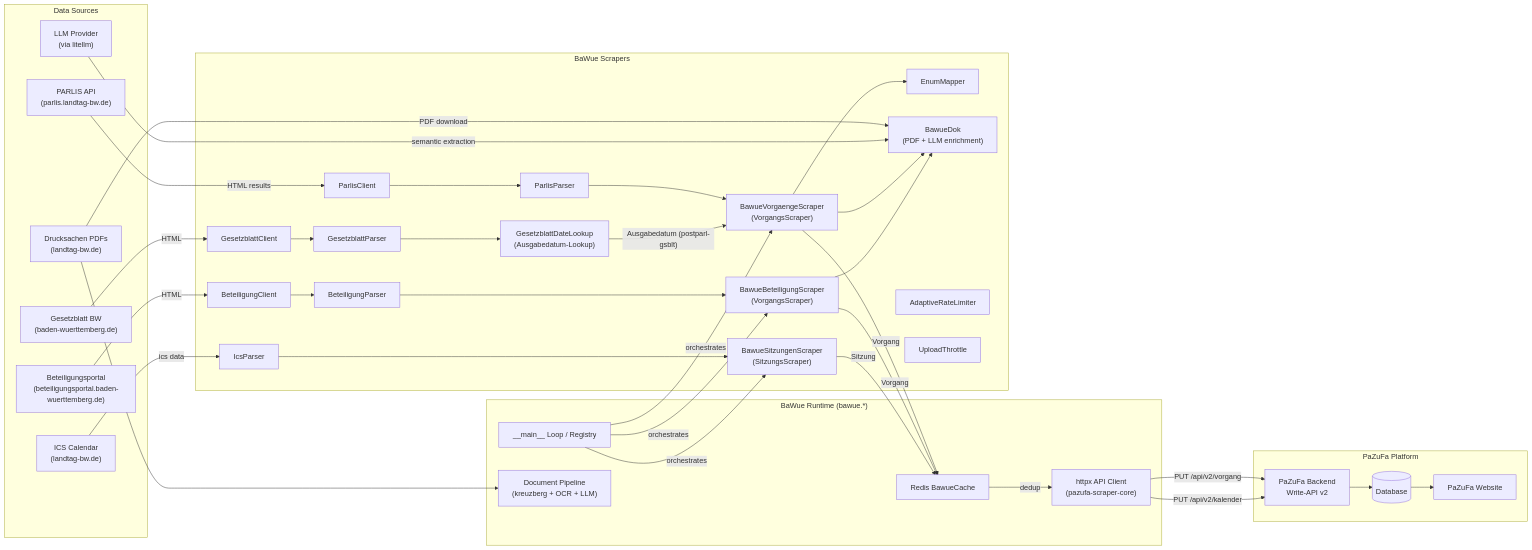
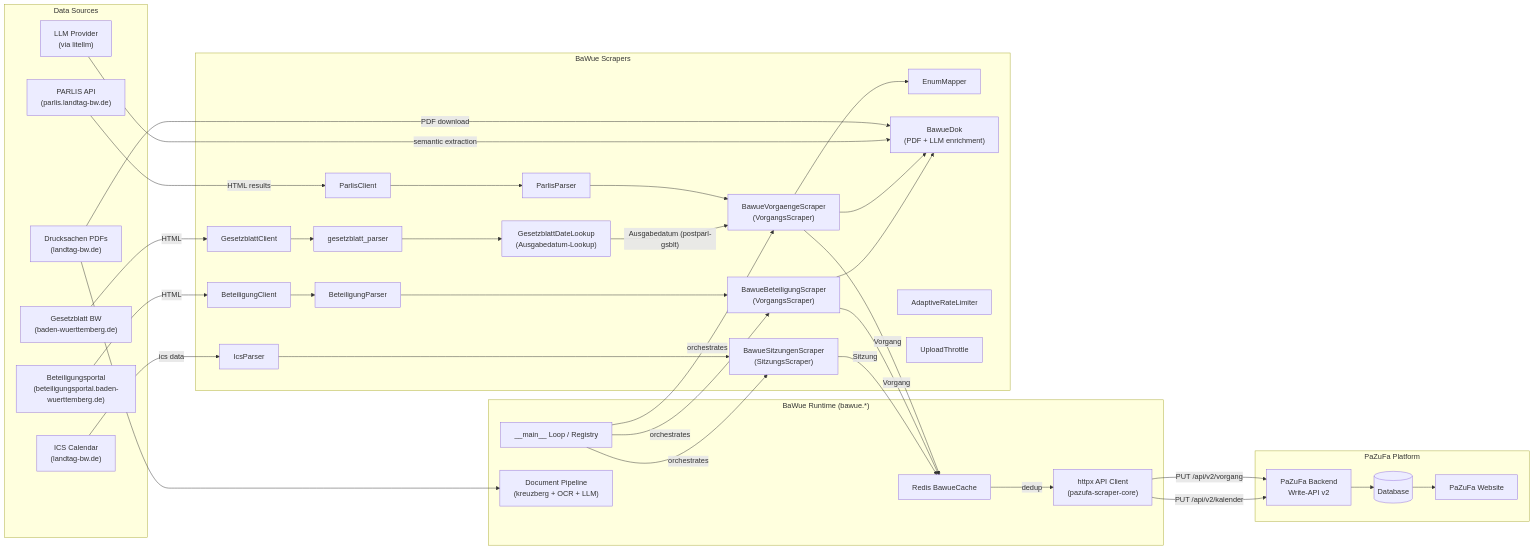
Before and after one commit to Parlamentszusammenfasser/pazufa-scraper-bw: the first of 4 diagrams in docs/architecture.md, drawn with Mermaid. The commit also changed other lines of this file, not shown here.

First line of the commit message:
docs: align architecture.md with the current code

````diff
--- a/docs/architecture.md
+++ b/docs/architecture.md
@@ -19,68 +19,68 @@
 ```mermaid
 graph LR
     subgraph "Data Sources"
         PARLIS["PARLIS API<br/>(parlis.landtag-bw.de)"]
         PDFs["Drucksachen PDFs<br/>(landtag-bw.de)"]
         BetPortal["Beteiligungsportal<br/>(beteiligungsportal.baden-wuerttemberg.de)"]
         ICSFeed["ICS Calendar<br/>(landtag-bw.de)"]
         GBlFeed["Gesetzblatt BW<br/>(baden-wuerttemberg.de)"]
         LLMProvider["LLM Provider<br/>(via litellm)"]
     end
 
     subgraph "BaWue Runtime (bawue.*)"
         Runner["__main__ Loop / Registry"]
         Cache["Redis BawueCache"]
         APIClient["httpx API Client<br/>(pazufa-scraper-core)"]
         DocPipeline["Document Pipeline<br/>(kreuzberg + OCR + LLM)"]
     end
 
     subgraph "BaWue Scrapers"
         BVS["BawueVorgaengeScraper<br/>(VorgangsScraper)"]
         BBS["BawueBeteiligungScraper<br/>(VorgangsScraper)"]
         BSS["BawueSitzungenScraper<br/>(SitzungsScraper)"]
         ICS["IcsParser"]
         PC["ParlisClient"]
         PP["ParlisParser"]
         EM["EnumMapper"]
         BC["BeteiligungClient"]
         BP["BeteiligungParser"]
         GBL["GesetzblattDateLookup<br/>(Ausgabedatum-Lookup)"]
         GBC["GesetzblattClient"]
-        GBP["GesetzblattParser"]
+        GBP["gesetzblatt_parser"]
         BDK["BawueDok<br/>(PDF + LLM enrichment)"]
         RL["AdaptiveRateLimiter"]
         UT["UploadThrottle"]
     end
 
     subgraph "PaZuFa Platform"
         API["PaZuFa Backend<br/>Write-API v2"]
         DB[(Database)]
         Web["PaZuFa Website"]
     end
 
     PARLIS -->|" HTML results "| PC
     PC --> PP --> BVS
     BVS --> EM
     BetPortal -->|" HTML "| BC
     BC --> BP --> BBS
     GBlFeed -->|" HTML "| GBC
     GBC --> GBP --> GBL
     Runner -->|" orchestrates "| BVS
     Runner -->|" orchestrates "| BBS
     Runner -->|" orchestrates "| BSS
     BVS -->|" Vorgang "| Cache
     BBS -->|" Vorgang "| Cache
     BSS -->|" Sitzung "| Cache
     GBL -->|" Ausgabedatum (postparl-gsblt) "| BVS
     Cache -->|" dedup "| APIClient
     APIClient -->|" PUT /api/v2/vorgang "| API
     APIClient -->|" PUT /api/v2/kalender "| API
     PDFs --> DocPipeline
     PDFs -->|" PDF download "| BDK
     LLMProvider -->|" semantic extraction "| BDK
     BVS --> BDK
     BBS --> BDK
     ICSFeed -->|" ics data "| ICS --> BSS
     API --> DB
     DB --> Web
 ```
````
